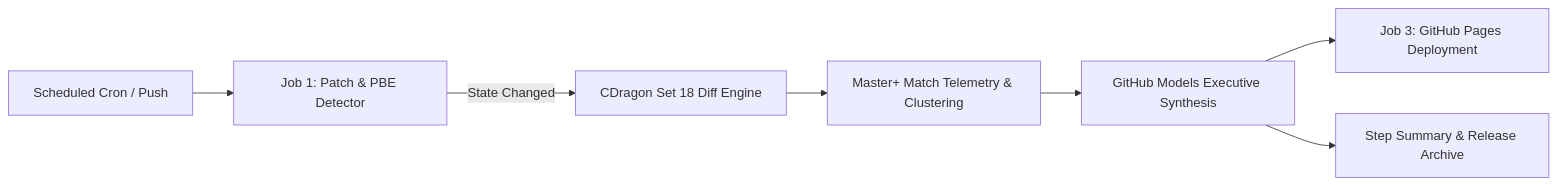
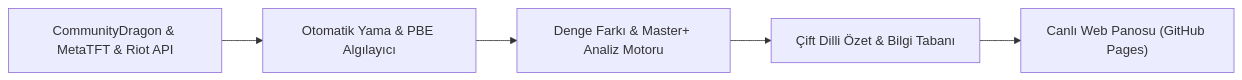
The diagram in README.md (Apexq/TFT-Meta-Patch-Telemetry), drawn with Mermaid before and after one commit. The commit also changed other lines of this file and 10 other files, not shown here.

Commit message:
chore(repo): hide internal docs via .gitignore, polish showcase README and Riot-compliant summary

````diff
--- a/README.md
+++ b/README.md
@@ -18,9 +48,7 @@
 ```mermaid
 flowchart LR
-    A["Scheduled Cron / Push"] --> B["Job 1: Patch & PBE Detector"]
-    B -- "State Changed" --> C["CDragon Set 18 Diff Engine"]
-    C --> D["Master+ Match Telemetry & Clustering"]
-    D --> E["GitHub Models Executive Synthesis"]
-    E --> F["Job 3: GitHub Pages Deployment"]
-    E --> G["Step Summary & Release Archive"]
+    Sources["CommunityDragon &amp; MetaTFT &amp; Riot API"] --> Detector["Otomatik Yama &amp; PBE Algılayıcı"]
+    Detector --> Diff["Denge Farkı &amp; Master+ Analiz Motoru"]
+    Diff --> Synthesis["Çift Dilli Özet &amp; Bilgi Tabanı"]
+    Synthesis --> Pages["Canlı Web Panosu (GitHub Pages)"]
 ```
````
